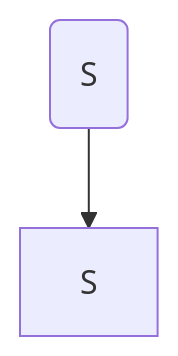
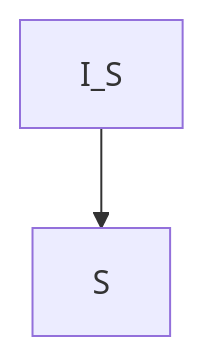
The diagram in books/ベーシック圏論.md (mymactive/my-obsidian), drawn with Mermaid before and after one commit.

Commit message:
vault backup: 2022-12-17 22:55:17

````diff
--- a/books/ベーシック圏論.md
+++ b/books/ベーシック圏論.md
@@ -21,4 +21,4 @@
 ```mermaid
 graph TD;
-	I(S)-->S
+	I_S-->S
 ```
````
